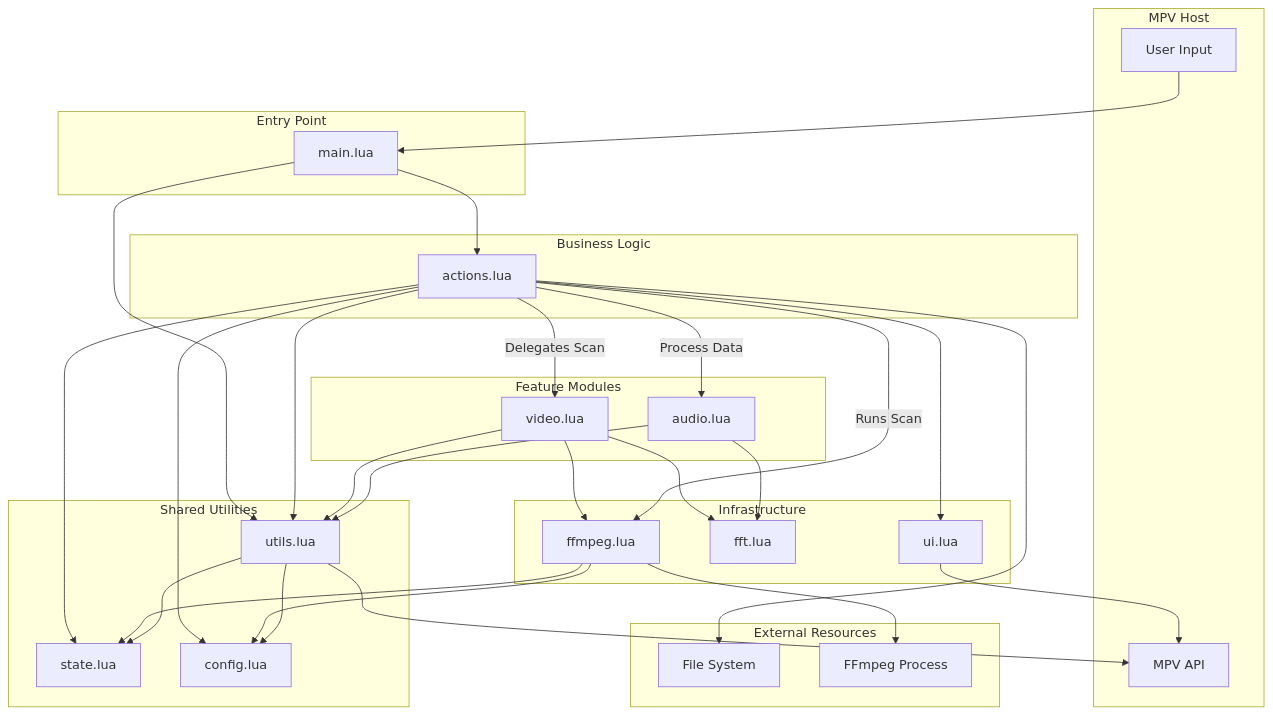
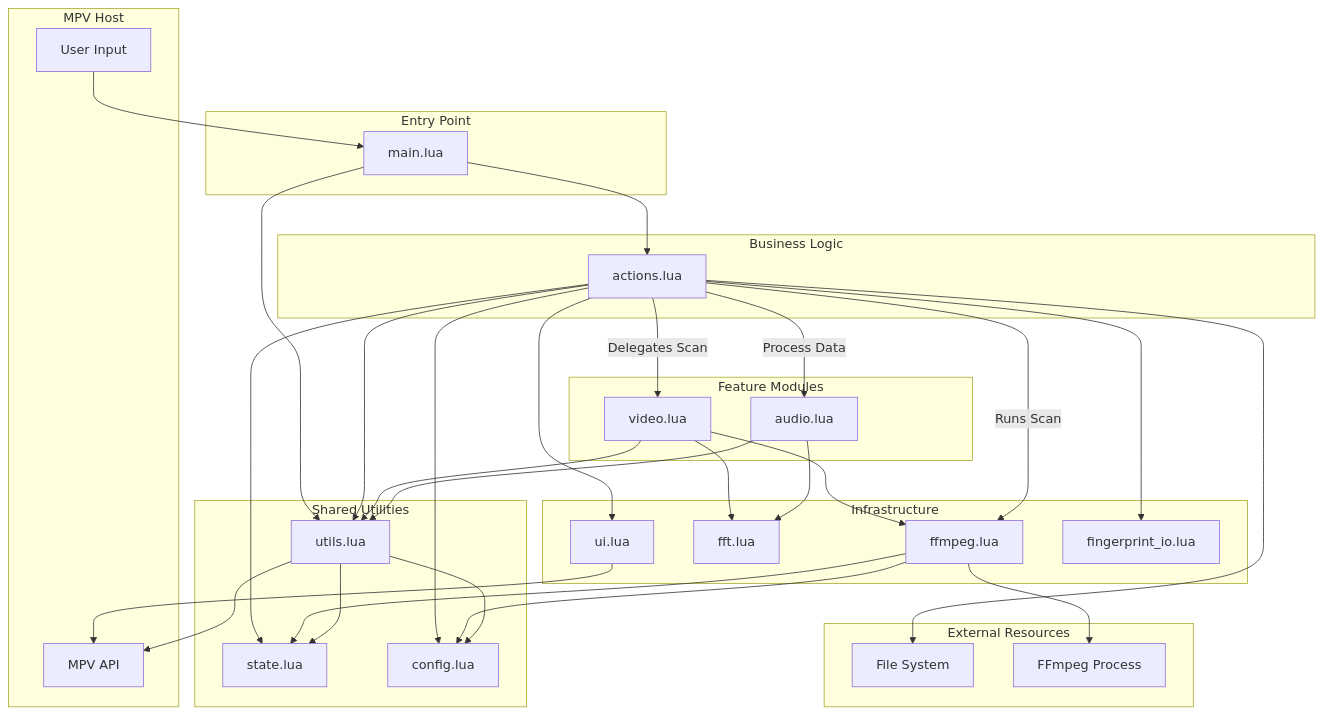
One commit to jjangsangy/intro-fingerprint changed the diagram in memory-bank/systemPatterns.md. Above: the diagram before and after it, drawn with Mermaid. The commit also changed other lines of this file and 3 other files, not shown here.

````diff
--- a/memory-bank/systemPatterns.md
+++ b/memory-bank/systemPatterns.md
@@ -6,72 +6,74 @@
 ```mermaid
 flowchart TD
     subgraph Host [MPV Host]
         Input[User Input]
         API[MPV API]
     end
 
     subgraph Entry [Entry Point]
         Main[main.lua]
     end
 
     subgraph Logic [Business Logic]
         Actions[actions.lua]
     end
 
     subgraph Features [Feature Modules]
         Video[video.lua]
         Audio[audio.lua]
     end
 
     subgraph Infra [Infrastructure]
         FFmpeg[ffmpeg.lua]
         FFT[fft.lua]
         UI[ui.lua]
+        FPIO[fingerprint_io.lua]
     end
 
     subgraph Shared [Shared Utilities]
         Utils[utils.lua]
         State[state.lua]
         Config[config.lua]
     end
 
     subgraph External [External Resources]
         FS[File System]
         Proc[FFmpeg Process]
     end
 
     %% Main Entry
     Input --> Main
     Main --> Actions
     Main --> Utils
 
     %% Actions Orchestration
     Actions --> UI
     Actions --> State
     Actions --> Config
     Actions --> Utils
+    Actions --> FPIO
     Actions --> FS
 
     %% Video Scan Logic (Encapsulated)
     Actions -->|Delegates Scan| Video
     Video --> FFmpeg
     Video --> FFT
     Video --> Utils
 
     %% Audio Scan Logic (Orchestrated)
     Actions -->|Runs Scan| FFmpeg
     Actions -->|Process Data| Audio
     Audio --> FFT
     Audio --> Utils
 
     %% FFmpeg Execution
     FFmpeg --> State
     FFmpeg --> Config
     FFmpeg --> Proc
 
     %% Shared Deps
     Utils --> State
     Utils --> Config
     Utils --> API
     UI --> API
 ```
````
